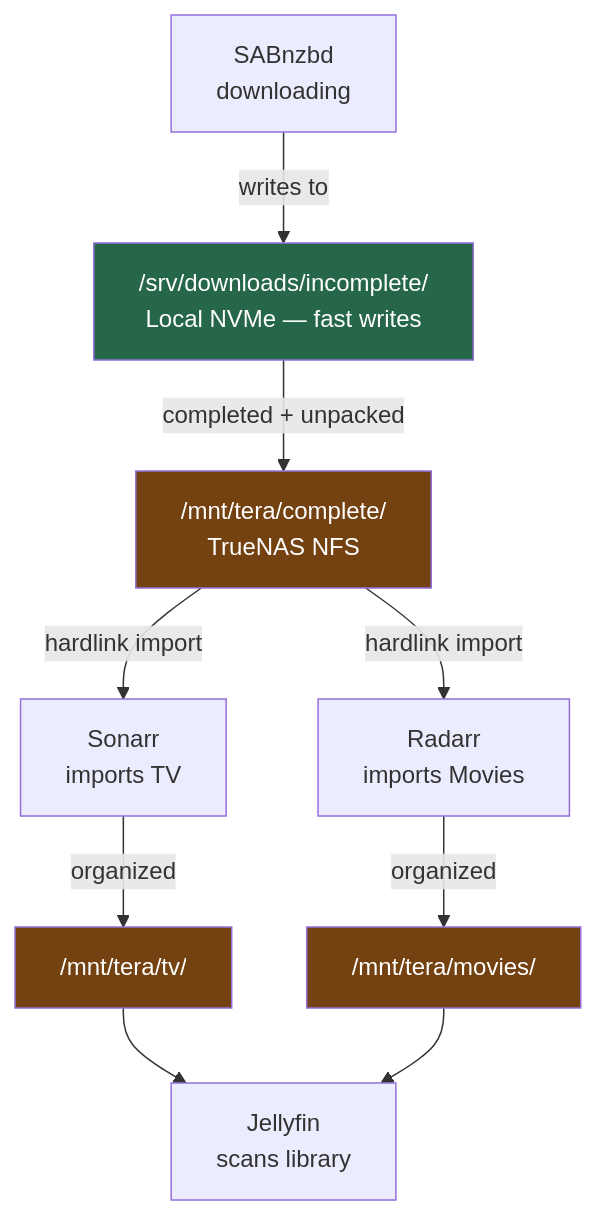
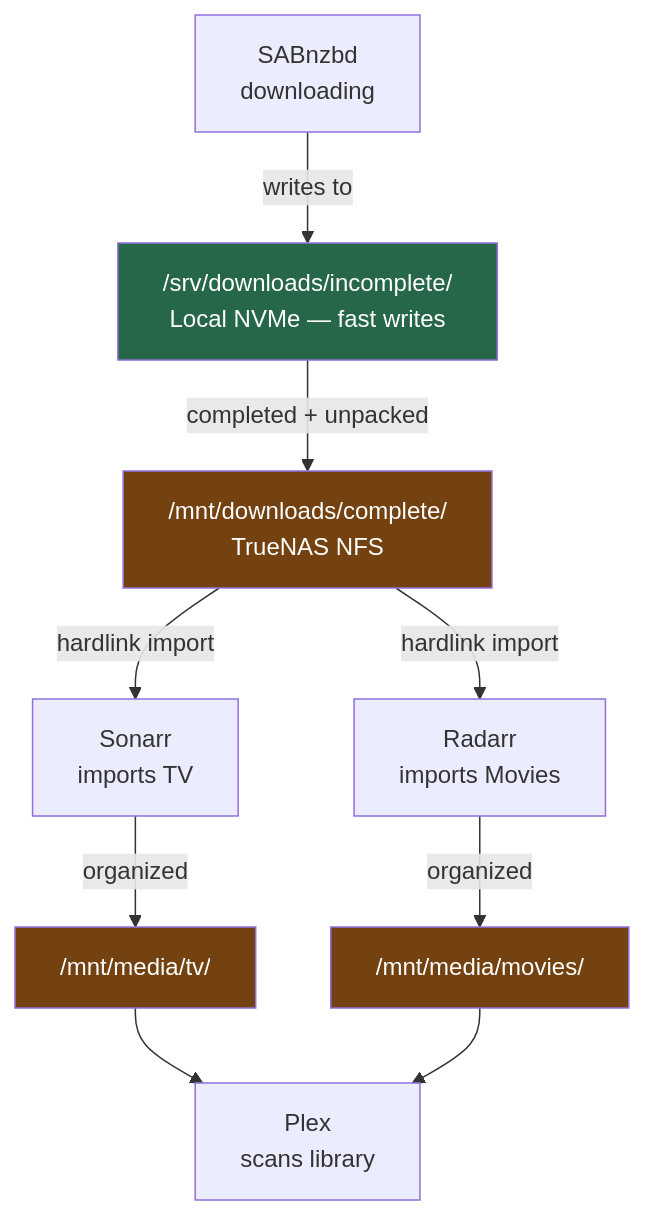
The third of 3 diagrams in docker/docs/02_docker_installation_and_filesystem.md (Kagiso-me/homelab-infrastructure), drawn with Mermaid before and after one commit. The commit also changed other lines of this file and 1 other file, not shown here.

````diff
--- a/docker/docs/02_docker_installation_and_filesystem.md
+++ b/docker/docs/02_docker_installation_and_filesystem.md
@@ -388,16 +389,16 @@
 ```mermaid
 graph TD
     SAB["SABnzbd\ndownloading"] -->|writes to| Inc["/srv/downloads/incomplete/\nLocal NVMe — fast writes"]
-    Inc -->|completed + unpacked| Comp["/mnt/tera/complete/\nTrueNAS NFS"]
+    Inc -->|completed + unpacked| Comp["/mnt/downloads/complete/\nTrueNAS NFS"]
     Comp -->|hardlink import| Sonarr["Sonarr\nimports TV"]
     Comp -->|hardlink import| Radarr["Radarr\nimports Movies"]
-    Sonarr -->|organized| Media["/mnt/tera/tv/"]
-    Radarr -->|organized| MediaM["/mnt/tera/movies/"]
-    Media --> Jellyfin["Jellyfin\nscans library"]
-    MediaM --> Jellyfin
+    Sonarr -->|organized| Media["/mnt/media/tv/"]
+    Radarr -->|organized| MediaM["/mnt/media/movies/"]
+    Media --> Plex["Plex\nscans library"]
+    MediaM --> Plex
 
     style Inc fill:#276749,color:#fff
     style Comp fill:#744210,color:#fff
     style Media fill:#744210,color:#fff
     style MediaM fill:#744210,color:#fff
 ```
````
